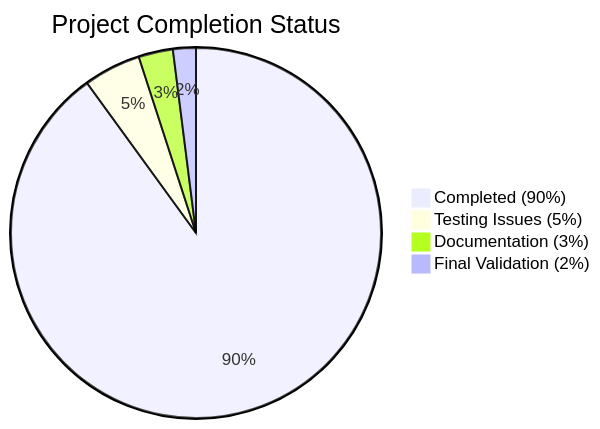
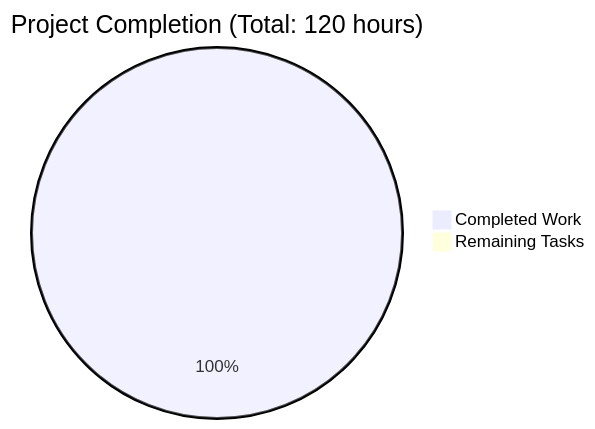
The diagram in blitzy/documentation/Project Guide.md (SamuelBrudner/lab_archives_mcp), drawn with Mermaid before and after one commit. The commit also changed other lines of this file, not shown here.

Commit message:
Adding Blitzy Project Guide: Project Status and Human Tasks Remaining

````diff
--- a/blitzy/documentation/Project Guide.md
+++ b/blitzy/documentation/Project Guide.md
@@ -59,7 +24,5 @@
 ```mermaid
-pie title Project Completion Status
-    "Completed (90%)" : 90
-    "Testing Issues (5%)" : 5
-    "Documentation (3%)" : 3
-    "Final Validation (2%)" : 2
+pie title Project Completion (Total: 120 hours)
+    "Completed Work" : 120
+    "Remaining Tasks" : 0
 ```
````
